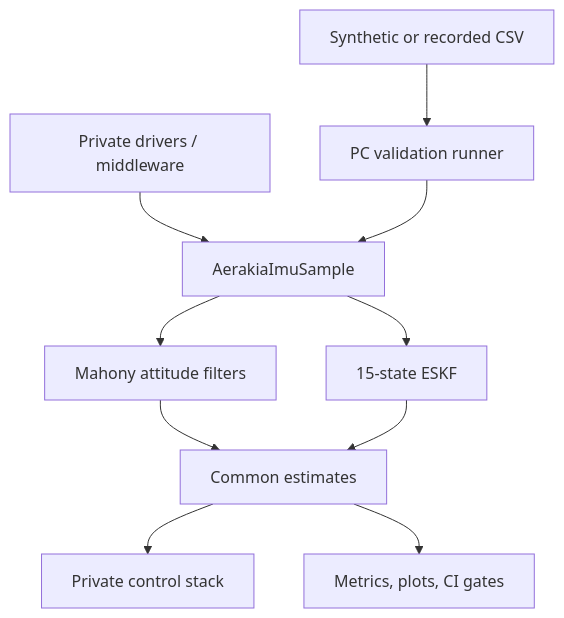
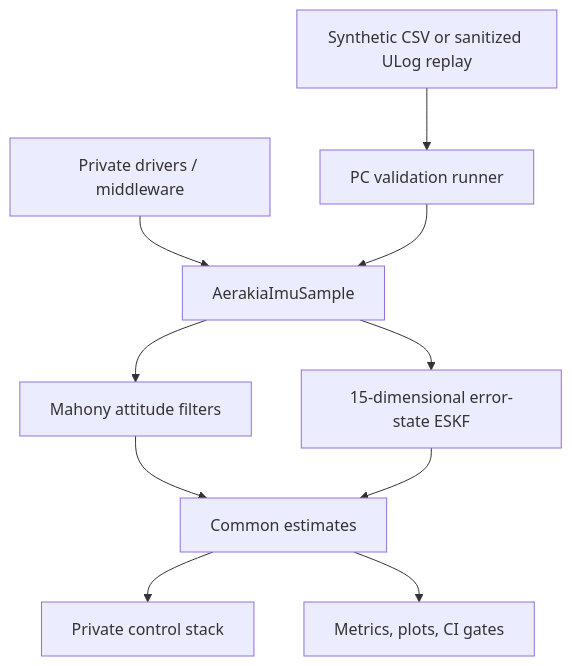
One commit to Sailiono/aerakia-flight-algorithms changed the diagram in docs/architecture.md. Above: the diagram before and after it, drawn with Mermaid. The commit also changed other lines of this file and 14 other files, not shown here.

Commit message:
add private ULog validation workflow

````diff
--- a/docs/architecture.md
+++ b/docs/architecture.md
@@ -5,12 +5,12 @@
 ```mermaid
 flowchart TD
     A["Private drivers / middleware"] --> B["AerakiaImuSample"]
-    C["Synthetic or recorded CSV"] --> D["PC validation runner"]
+    C["Synthetic CSV or sanitized ULog replay"] --> D["PC validation runner"]
     D --> B
     B --> E["Mahony attitude filters"]
-    B --> F["15-state ESKF"]
+    B --> F["15-dimensional error-state ESKF"]
     E --> G["Common estimates"]
     F --> G
     G --> H["Private control stack"]
     G --> I["Metrics, plots, CI gates"]
 ```
````
